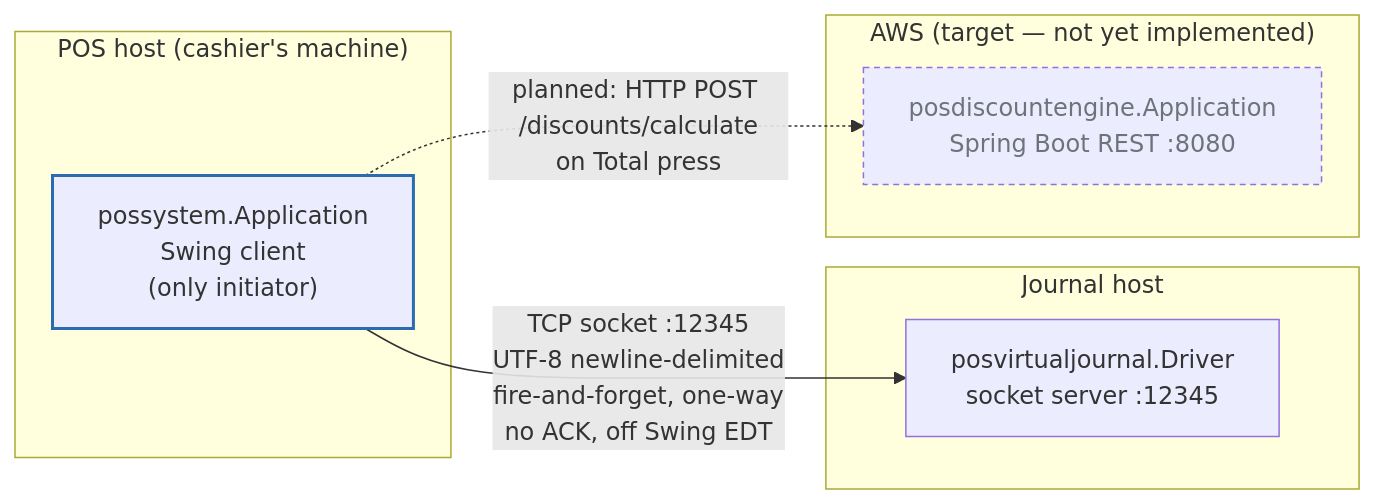
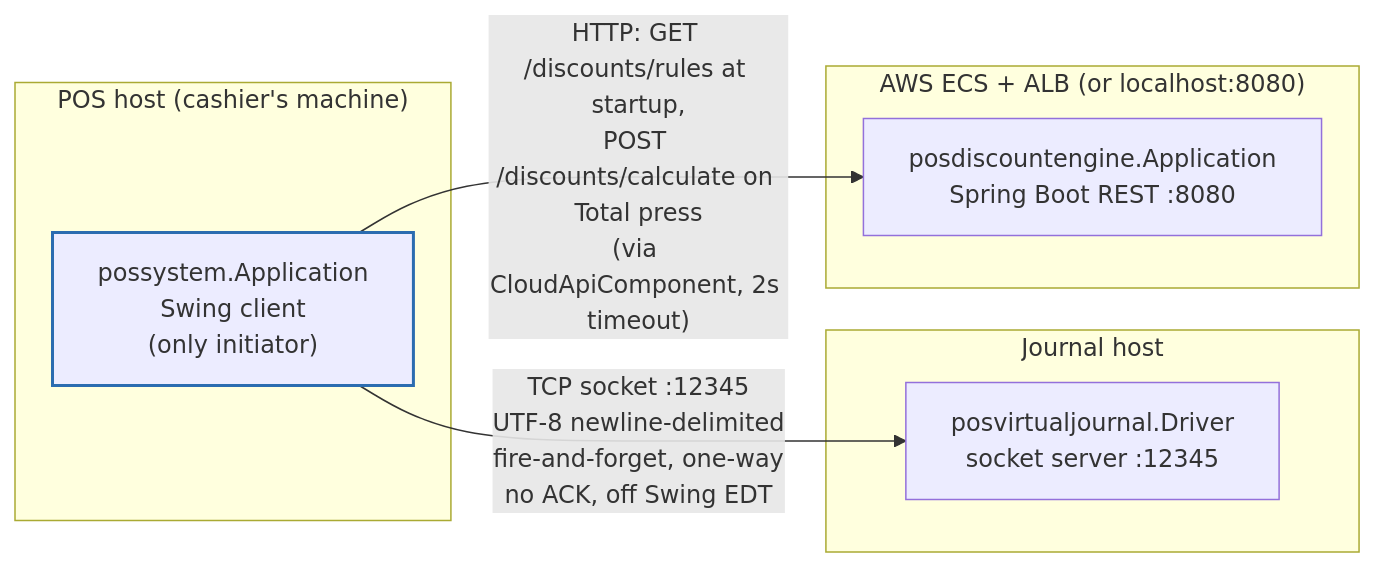
Before and after one commit to rhuel-laurente-rp/rocketpartners-pos: the first of 4 diagrams in docs/Phase 1/architecture.md, drawn with Mermaid. The commit also changed other lines of this file and 10 other files, not shown here.

````diff
--- a/docs/Phase 1/architecture.md
+++ b/docs/Phase 1/architecture.md
@@ -7,22 +7,20 @@
 ```mermaid
 flowchart LR
     subgraph POSHost["POS host (cashier's machine)"]
         POS["possystem.Application<br/>Swing client<br/>(only initiator)"]
     end
 
     subgraph JournalHost["Journal host"]
         JOURNAL["posvirtualjournal.Driver<br/>socket server :12345"]
     end
 
-    subgraph CloudHost["AWS (target — not yet implemented)"]
+    subgraph CloudHost["AWS ECS + ALB (or localhost:8080)"]
         ENGINE["posdiscountengine.Application<br/>Spring Boot REST :8080"]
     end
 
     POS -- "TCP socket :12345<br/>UTF-8 newline-delimited<br/>fire-and-forget, one-way<br/>no ACK, off Swing EDT" --> JOURNAL
-    POS -. "planned: HTTP POST /discounts/calculate<br/>on Total press" .-> ENGINE
+    POS -- "HTTP: GET /discounts/rules at startup,<br/>POST /discounts/calculate on Total press<br/>(via CloudApiComponent, 2s timeout)" --> ENGINE
 
     classDef initiator stroke-width:2px,stroke:#2b6cb0
     class POS initiator
-    classDef planned stroke-dasharray: 4 3,color:#6E7379
-    class ENGINE planned
 ```
````
